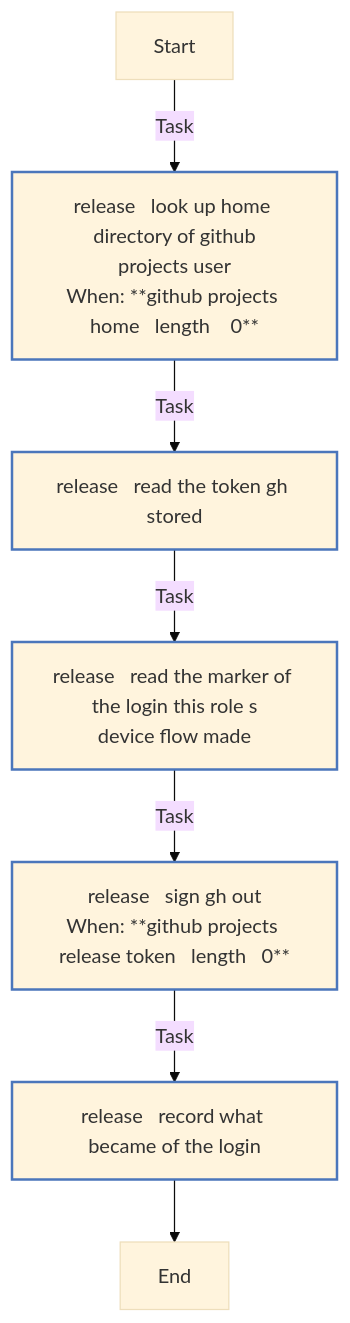
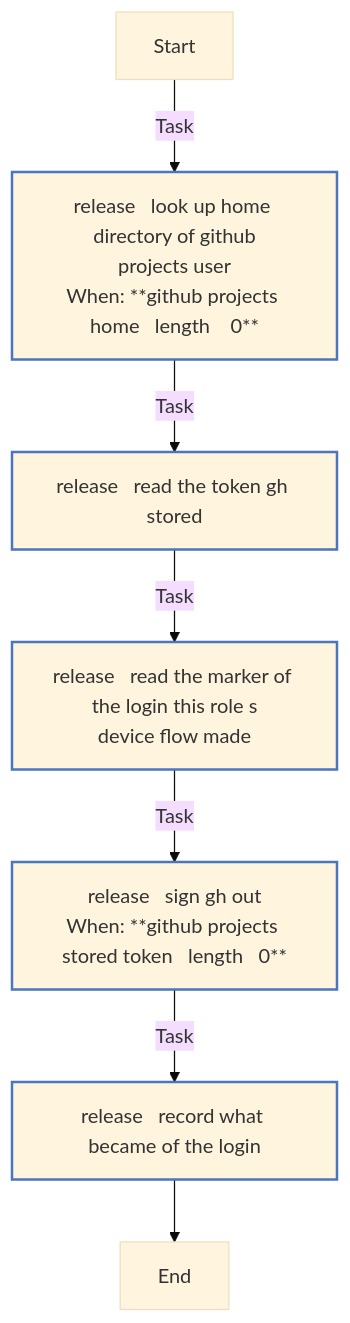
One commit to kawadeomkar/agent-warehouse changed the ninth of 10 diagrams in docs/reference/roles/github_projects.md. Above: the diagram before and after it, drawn with Mermaid (base theme). The commit also changed other lines of this file and 14 other files, not shown here.

````diff
--- a/docs/reference/roles/github_projects.md
+++ b/docs/reference/roles/github_projects.md
@@ -456,19 +455,19 @@
 ```mermaid
 flowchart TD
 Start
 classDef block stroke:#3498db,stroke-width:2px;
 classDef task stroke:#4b76bb,stroke-width:2px;
 classDef includeTasks stroke:#16a085,stroke-width:2px;
 classDef importTasks stroke:#34495e,stroke-width:2px;
 classDef includeRole stroke:#2980b9,stroke-width:2px;
 classDef importRole stroke:#699ba7,stroke-width:2px;
 classDef includeVars stroke:#8e44ad,stroke-width:2px;
 classDef rescue stroke:#665352,stroke-width:2px;
 
   Start-->|Task| release___Look_up_home_directory_of_github_projects_user0[release   look up home directory of github<br>projects user<br>When: **github projects home   length    0**]:::task
   release___Look_up_home_directory_of_github_projects_user0-->|Task| release___Read_the_token_gh_stored1[release   read the token gh stored]:::task
   release___Read_the_token_gh_stored1-->|Task| release___Read_the_marker_of_the_login_this_role_s_device_flow_made2[release   read the marker of the login this role s<br>device flow made]:::task
-  release___Read_the_marker_of_the_login_this_role_s_device_flow_made2-->|Task| release___Sign_gh_out3[release   sign gh out<br>When: **github projects release token   length   0**]:::task
+  release___Read_the_marker_of_the_login_this_role_s_device_flow_made2-->|Task| release___Sign_gh_out3[release   sign gh out<br>When: **github projects stored token   length   0**]:::task
   release___Sign_gh_out3-->|Task| release___Record_what_became_of_the_login4[release   record what became of the login]:::task
   release___Record_what_became_of_the_login4-->End
 ```
````
